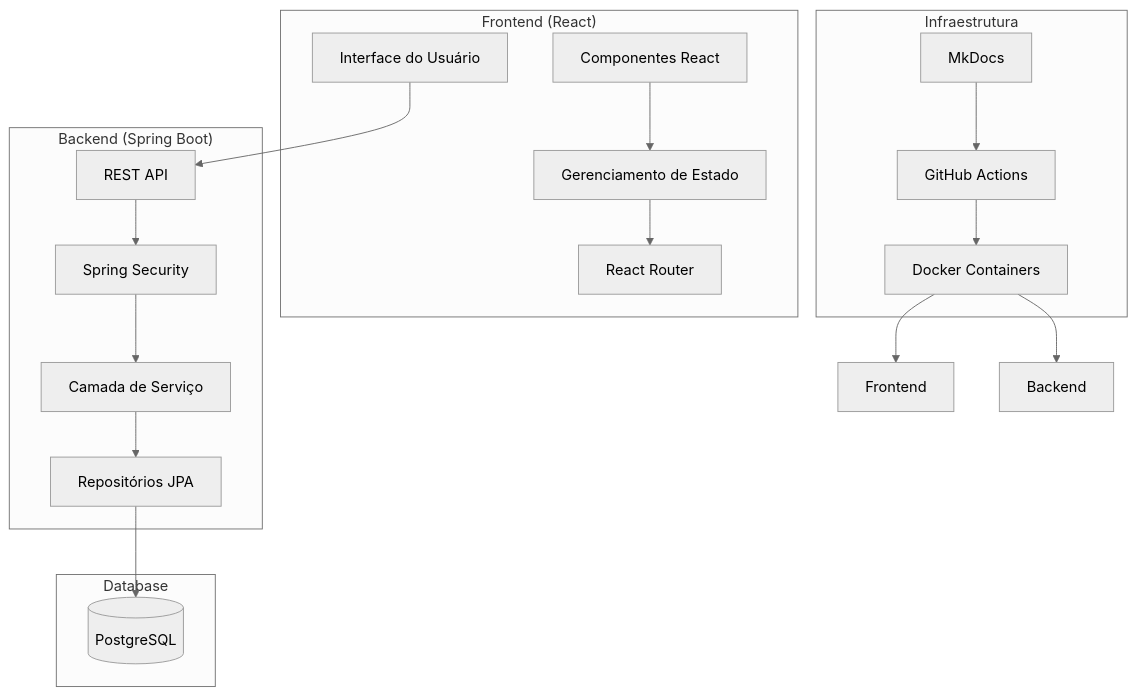
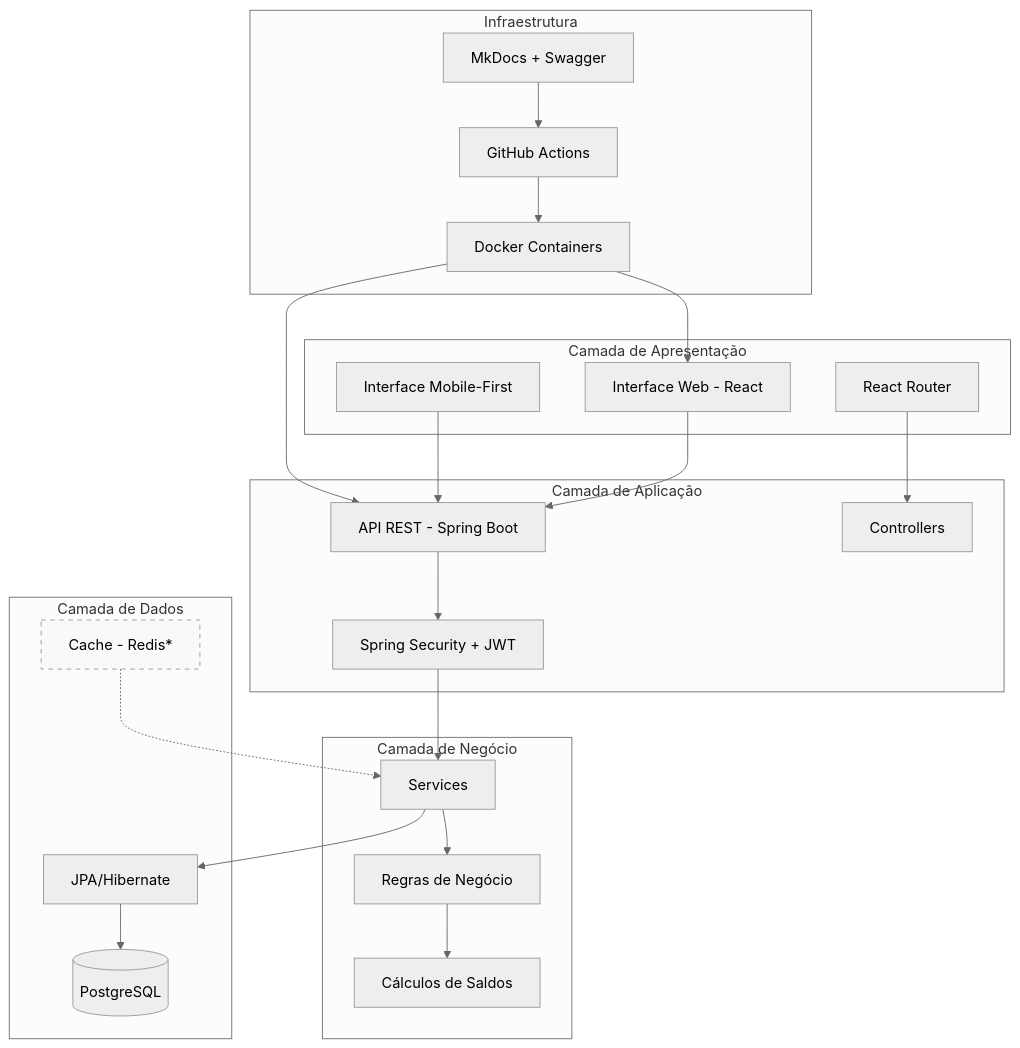
One commit to Finboostplus/finboostplus-app changed the first of 8 diagrams in docs/project/diagrams.md. Above: the diagram before and after it, drawn with Mermaid (neutral theme). The commit also changed other lines of this file and 10 other files, not shown here.

````diff
--- a/docs/project/diagrams.md
+++ b/docs/project/diagrams.md
@@ -9,39 +9,51 @@
 ```mermaid
 graph TB
-    subgraph "Frontend (React)"
-        UI[Interface do Usuário]
-        Components[Componentes React]
-        State[Gerenciamento de Estado]
+    subgraph "Camada de Apresentação"
+        UI[Interface Web - React]
+        Mobile[Interface Mobile-First]
         Router[React Router]
     end
     
-    subgraph "Backend (Spring Boot)"
-        API[REST API]
-        Security[Spring Security]
-        Service[Camada de Serviço]
-        Repository[Repositórios JPA]
+    subgraph "Camada de Aplicação"
+        API[API REST - Spring Boot]
+        Auth[Spring Security + JWT]
+        Controllers[Controllers]
     end
     
-    subgraph "Database"
+    subgraph "Camada de Negócio"
+        Services[Services]
+        Business[Regras de Negócio]
+        Calculations[Cálculos de Saldos]
+    end
+    
+    subgraph "Camada de Dados"
+        JPA[JPA/Hibernate]
         PostgreSQL[(PostgreSQL)]
+        Cache[Cache - Redis*]
     end
     
     subgraph "Infraestrutura"
         Docker[Docker Containers]
         CI[GitHub Actions]
-        Docs[MkDocs]
+        Docs[MkDocs + Swagger]
     end
     
     UI --> API
-    Components --> State
-    State --> Router
-    API --> Security
-    Security --> Service
-    Service --> Repository
-    Repository --> PostgreSQL
+    Mobile --> API
+    Router --> Controllers
+    API --> Auth
+    Auth --> Services
+    Services --> Business
+    Business --> Calculations
+    Services --> JPA
+    JPA --> PostgreSQL
     
-    Docker --> Frontend
-    Docker --> Backend
+    Docker --> UI
+    Docker --> API
     CI --> Docker
     Docs --> CI
+    
+    Cache -.-> Services
+    
+    style Cache fill:#f9f9f9,stroke:#999,stroke-dasharray: 5 5
 ```
````
